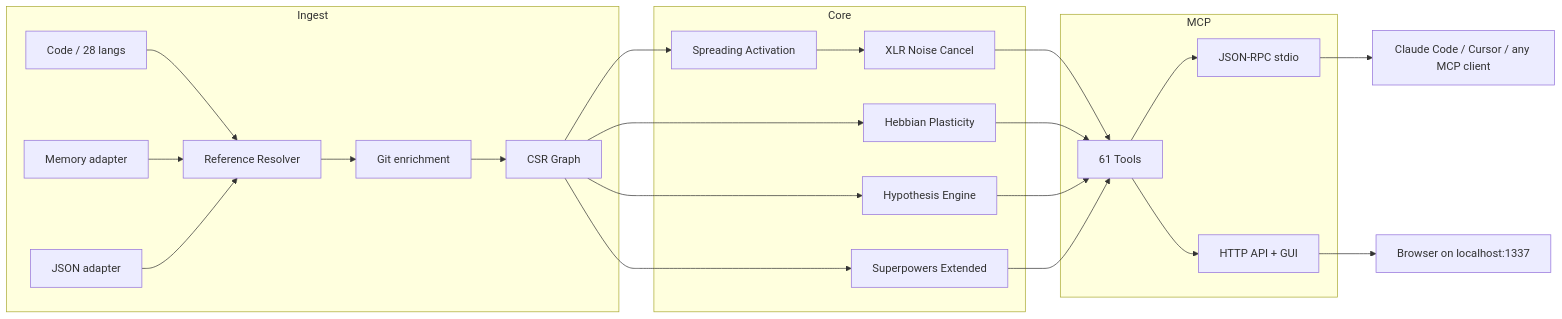
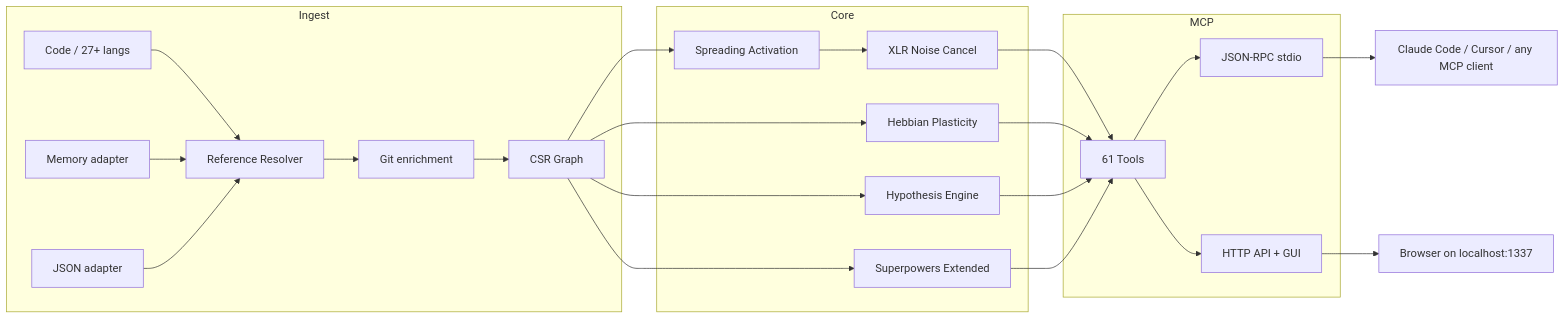
One commit to M1nd-Intelligence/m1nd changed the diagram in README.md. Above: the diagram before and after it, drawn with Mermaid. The commit also changed other lines of this file and 52 other files, not shown here.

````diff
--- a/README.md
+++ b/README.md
@@ -310,27 +310,27 @@
 ```mermaid
 graph LR
     subgraph Ingest
-        A[Code / 28 langs] --> R[Reference Resolver]
+        A[Code / 27+ langs] --> R[Reference Resolver]
         MA[Memory adapter] --> R
         JA[JSON adapter] --> R
         R --> GD[Git enrichment]
         GD --> G[CSR Graph]
     end
     subgraph Core
         G --> SA[Spreading Activation]
         G --> HP[Hebbian Plasticity]
         G --> HY[Hypothesis Engine]
         G --> SX[Superpowers Extended]
         SA --> XLR[XLR Noise Cancel]
     end
     subgraph MCP
         XLR --> T[61 Tools]
         HP --> T
         HY --> T
         SX --> T
         T --> IO[JSON-RPC stdio]
         T --> HTTP[HTTP API + GUI]
     end
     IO --> C[Claude Code / Cursor / any MCP client]
     HTTP --> B[Browser on localhost:1337]
 ```
````
